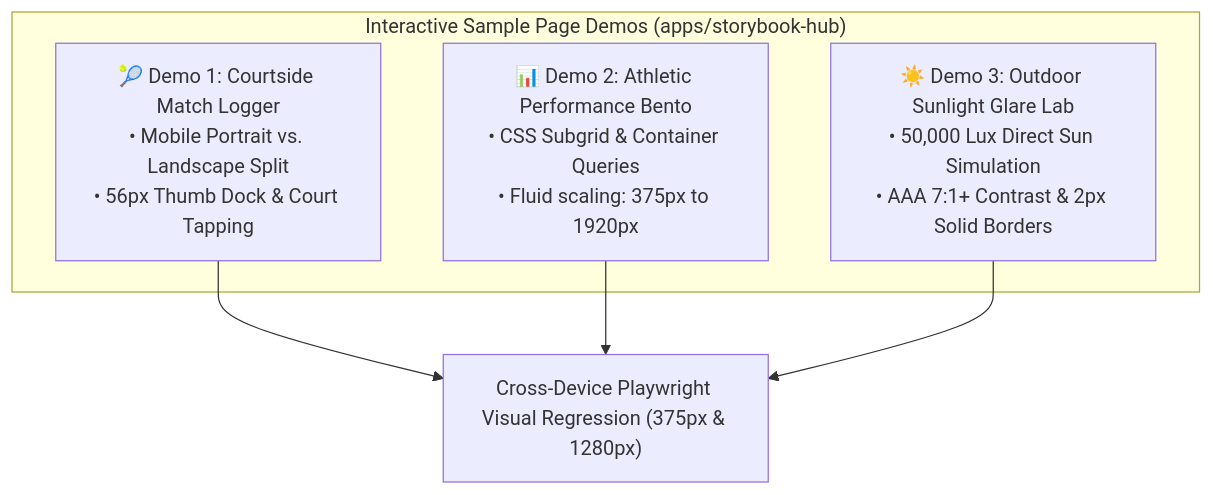
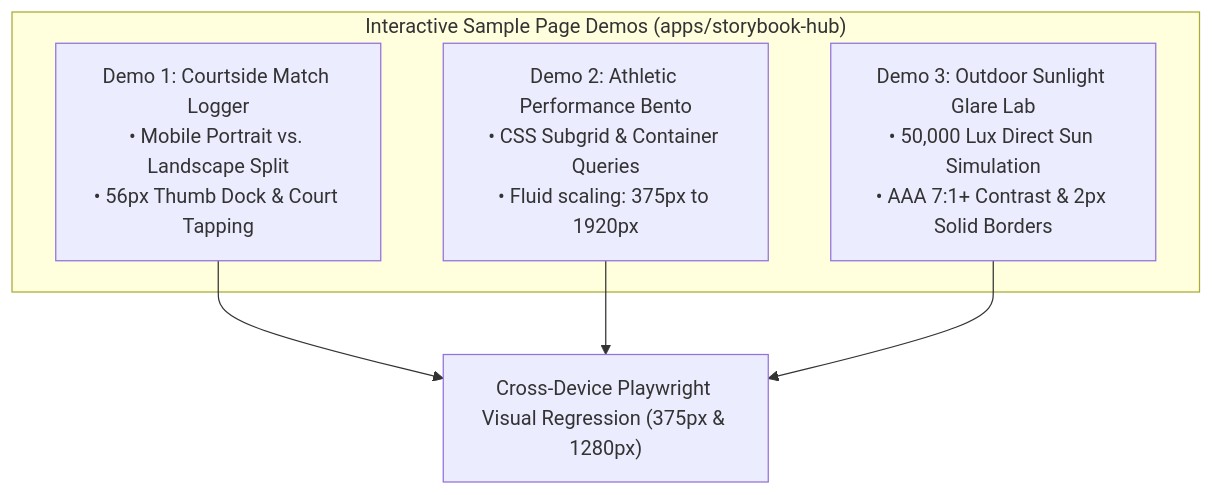
One commit to montionugera/joy-design changed the second of 4 diagrams in docs/superpowers/research/modern-design-elevation-research.md. Above: the diagram before and after it, drawn with Mermaid. The commit also changed other lines of this file, not shown here.

````diff
--- a/docs/superpowers/research/modern-design-elevation-research.md
+++ b/docs/superpowers/research/modern-design-elevation-research.md
@@ -322,11 +322,11 @@
 ```mermaid
 flowchart TD
     subgraph Demos["Interactive Sample Page Demos (apps/storybook-hub)"]
-        D1["🎾 Demo 1: Courtside Match Logger<br/>• Mobile Portrait vs. Landscape Split<br/>• 56px Thumb Dock & Court Tapping"]
-        D2["📊 Demo 2: Athletic Performance Bento<br/>• CSS Subgrid & Container Queries<br/>• Fluid scaling: 375px to 1920px"]
-        D3["☀️ Demo 3: Outdoor Sunlight Glare Lab<br/>• 50,000 Lux Direct Sun Simulation<br/>• AAA 7:1+ Contrast & 2px Solid Borders"]
+        D1["Demo 1: Courtside Match Logger<br/>• Mobile Portrait vs. Landscape Split<br/>• 56px Thumb Dock & Court Tapping"]
+        D2["Demo 2: Athletic Performance Bento<br/>• CSS Subgrid & Container Queries<br/>• Fluid scaling: 375px to 1920px"]
+        D3["Demo 3: Outdoor Sunlight Glare Lab<br/>• 50,000 Lux Direct Sun Simulation<br/>• AAA 7:1+ Contrast & 2px Solid Borders"]
     end
     D1 --> Test["Cross-Device Playwright Visual Regression (375px & 1280px)"]
     D2 --> Test
     D3 --> Test
 ```
````
